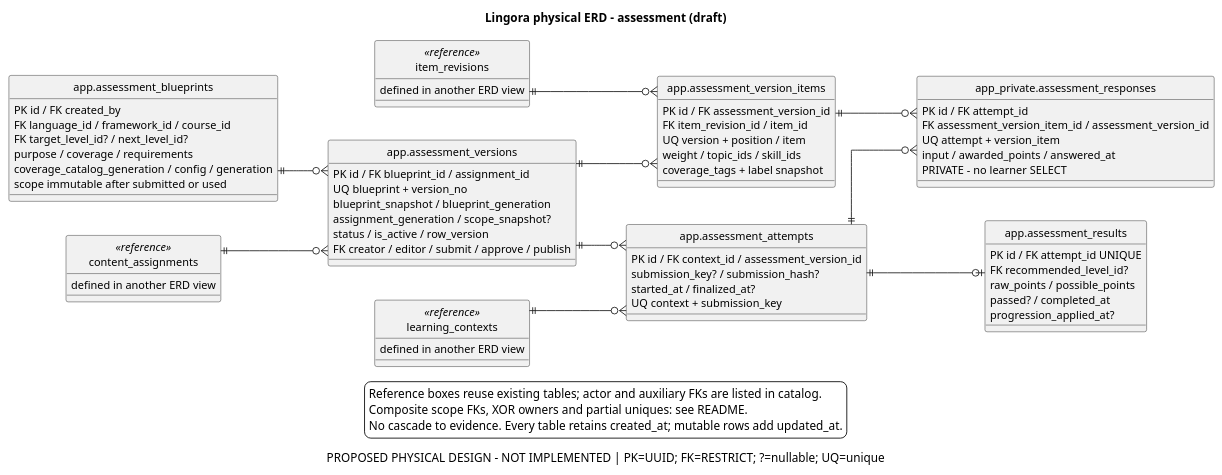
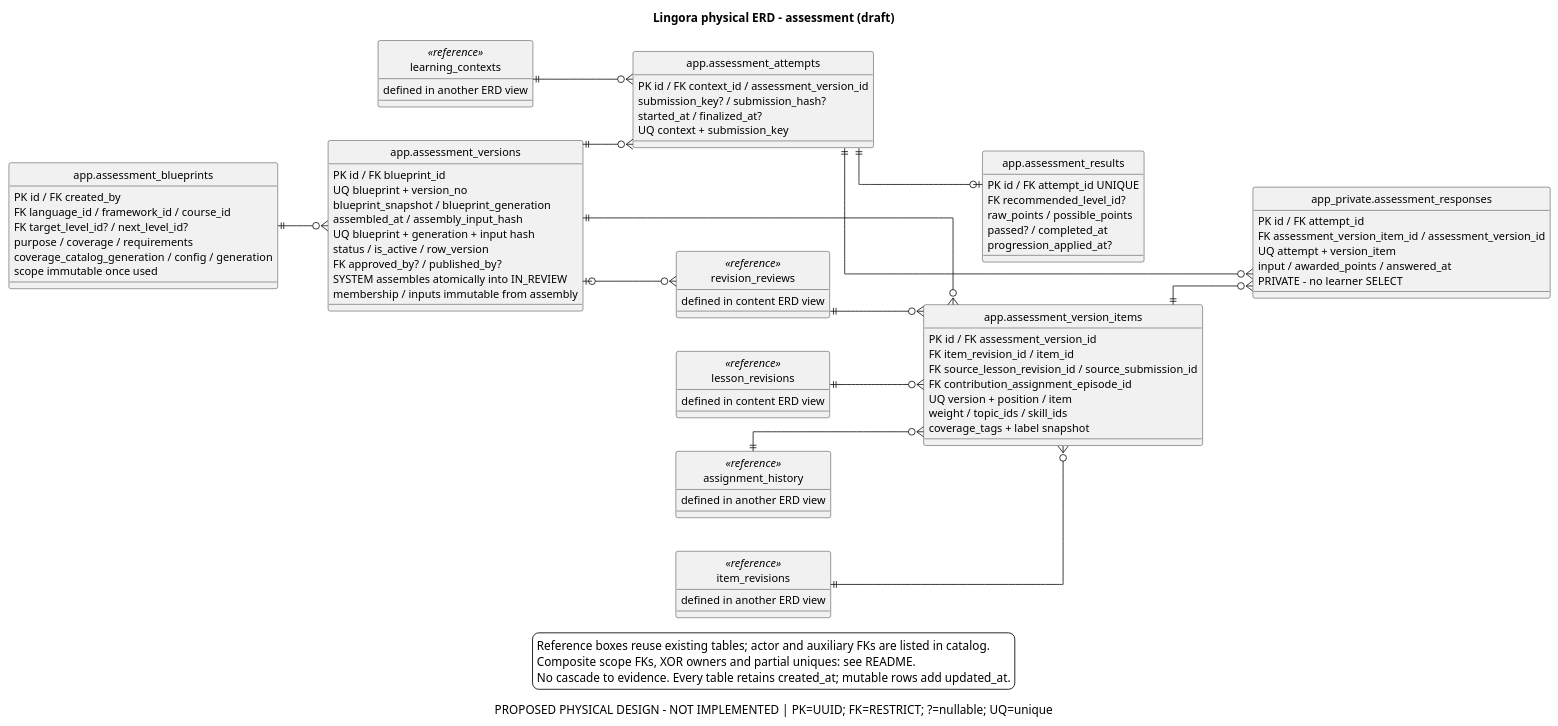
The fourth of 4 diagrams in docs/design/physical/physical-erd.puml (PhamNguyenThanhTung/lingora-workspace), drawn with PlantUML before and after one commit. The commit also changed other lines of this file and 28 other files, not shown here.

Commit message:
docs(database): reconcile assignment provenance and system assembly

```diff
--- a/docs/design/physical/physical-erd.puml
+++ b/docs/design/physical/physical-erd.puml
@@ -321,81 +335,95 @@
 @startuml physical-erd-assessment
 ' classification: PROPOSED PHYSICAL DESIGN - NOT IMPLEMENTED
 skinparam backgroundColor white
 skinparam monochrome true
 skinparam shadowing false
 skinparam defaultFontName Arial
 skinparam defaultFontSize 13
 skinparam linetype ortho
 skinparam nodesep 40
 skinparam ranksep 60
 hide circle
 left to right direction
 title Lingora physical ERD - assessment (draft)
 caption PROPOSED PHYSICAL DESIGN - NOT IMPLEMENTED | PK=UUID; FK=RESTRICT; ?=nullable; UQ=unique
 entity "app.assessment_blueprints" as assessment_blueprints {
   PK id / FK created_by
   FK language_id / framework_id / course_id
   FK target_level_id? / next_level_id?
   purpose / coverage / requirements
   coverage_catalog_generation / config / generation
-  scope immutable after submitted or used
+  scope immutable once used
 }
 entity "app.assessment_versions" as assessment_versions {
-  PK id / FK blueprint_id / assignment_id
+  PK id / FK blueprint_id
   UQ blueprint + version_no
   blueprint_snapshot / blueprint_generation
-  assignment_generation / scope_snapshot?
+  assembled_at / assembly_input_hash
+  UQ blueprint + generation + input hash
   status / is_active / row_version
-  FK creator / editor / submit / approve / publish
+  FK approved_by? / published_by?
+  SYSTEM assembles atomically into IN_REVIEW
+  membership / inputs immutable from assembly
 }
 entity "app.assessment_version_items" as assessment_version_items {
   PK id / FK assessment_version_id
   FK item_revision_id / item_id
+  FK source_lesson_revision_id / source_submission_id
+  FK contribution_assignment_episode_id
   UQ version + position / item
   weight / topic_ids / skill_ids
   coverage_tags + label snapshot
 }
 entity "app.assessment_attempts" as assessment_attempts {
   PK id / FK context_id / assessment_version_id
   submission_key? / submission_hash?
   started_at / finalized_at?
   UQ context + submission_key
 }
 entity "app_private.assessment_responses" as assessment_responses {
   PK id / FK attempt_id
   FK assessment_version_item_id / assessment_version_id
   UQ attempt + version_item
   input / awarded_points / answered_at
   PRIVATE - no learner SELECT
 }
 entity "app.assessment_results" as assessment_results {
   PK id / FK attempt_id UNIQUE
   FK recommended_level_id?
   raw_points / possible_points
   passed? / completed_at
   progression_applied_at?
 }
 entity "learning_contexts" as learning_contexts <<reference>> {
   defined in another ERD view
 }
-entity "content_assignments" as content_assignments <<reference>> {
+entity "lesson_revisions" as lesson_revisions <<reference>> {
+  defined in content ERD view
+}
+entity "revision_reviews" as revision_reviews <<reference>> {
+  defined in content ERD view
+}
+entity "assignment_history" as assignment_history <<reference>> {
   defined in another ERD view
 }
 entity "item_revisions" as item_revisions <<reference>> {
   defined in another ERD view
 }
 assessment_blueprints ||--o{ assessment_versions
-content_assignments ||--o{ assessment_versions
 assessment_versions ||--o{ assessment_version_items
 item_revisions ||--o{ assessment_version_items
+lesson_revisions ||--o{ assessment_version_items
+revision_reviews ||--o{ assessment_version_items
+assignment_history ||--o{ assessment_version_items
+assessment_versions |o--o{ revision_reviews
 assessment_versions ||--o{ assessment_attempts
 learning_contexts ||--o{ assessment_attempts
 assessment_attempts ||--o{ assessment_responses
 assessment_version_items ||--o{ assessment_responses
 assessment_attempts ||--o| assessment_results
 legend bottom
 Reference boxes reuse existing tables; actor and auxiliary FKs are listed in catalog.
 Composite scope FKs, XOR owners and partial uniques: see README.
 No cascade to evidence. Every table retains created_at; mutable rows add updated_at.
 endlegend
 @enduml
```
